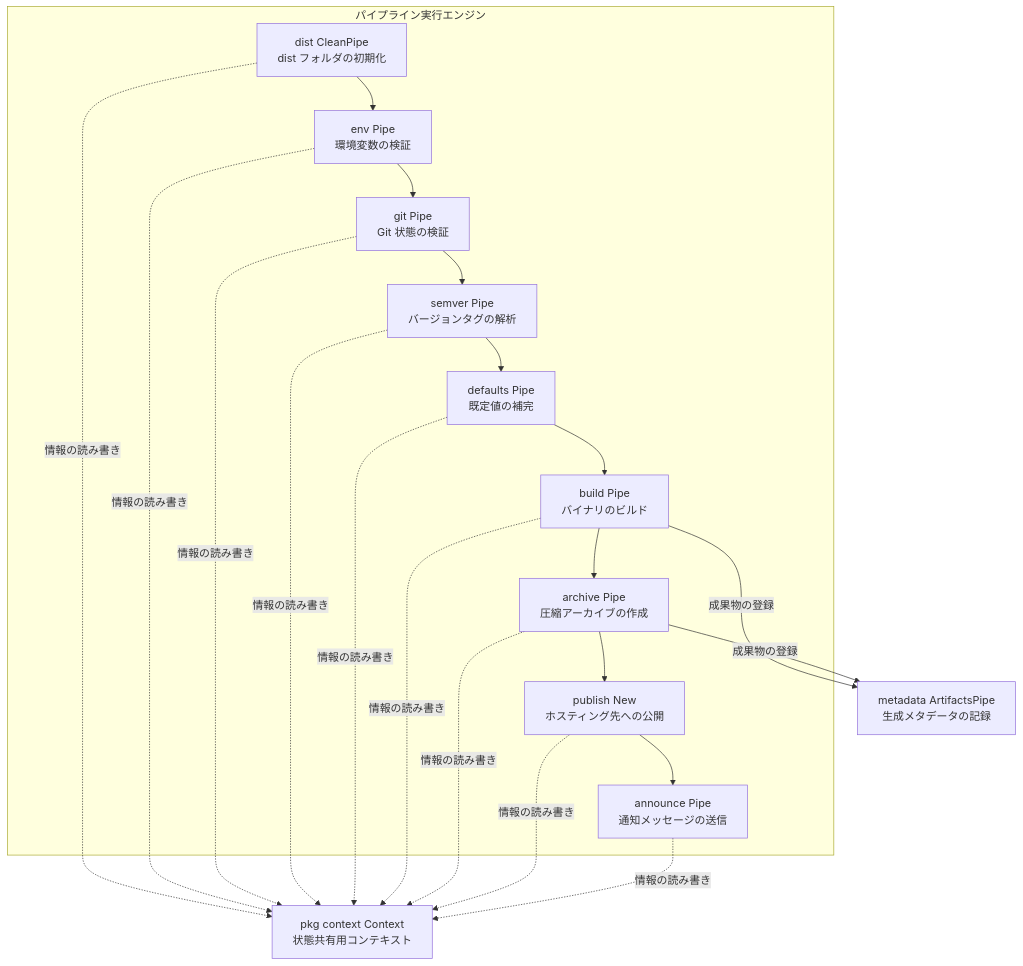
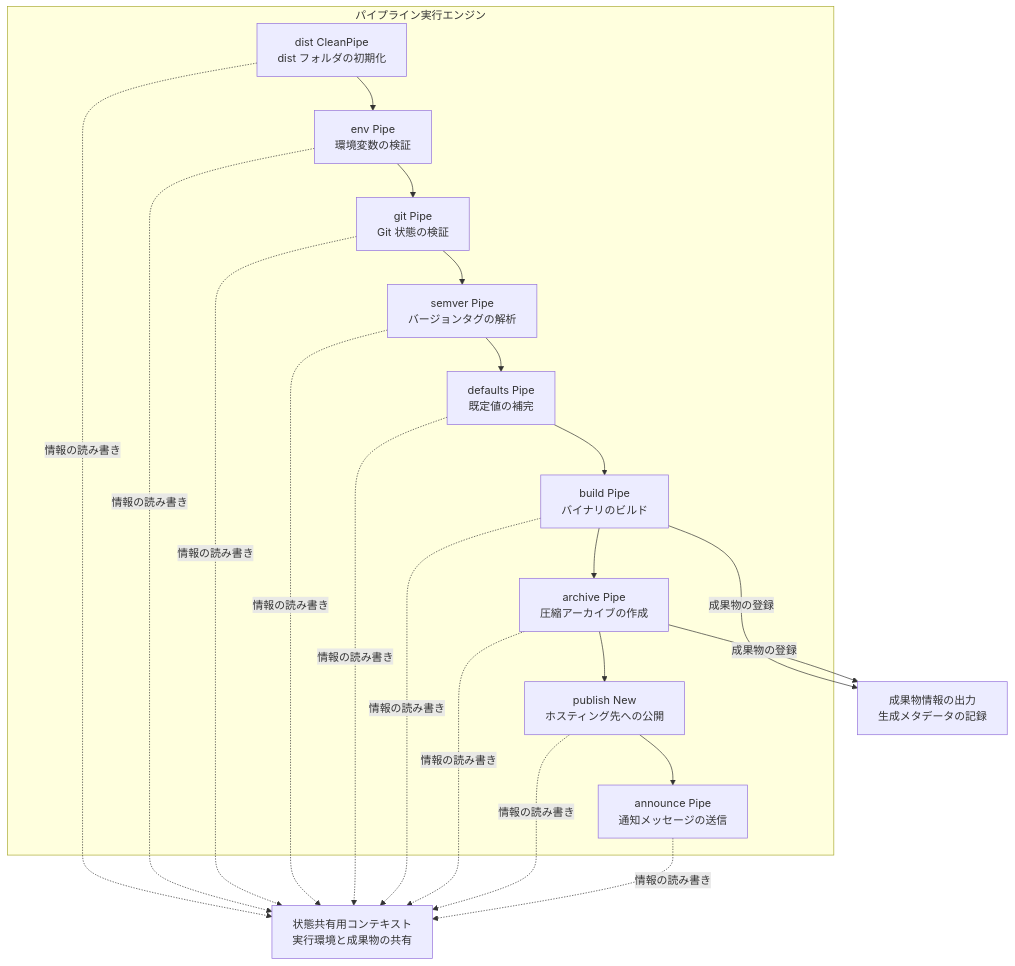
One commit to suwa-sh/zenn-contents changed the fourth of 9 diagrams in articles/goreleaser_20260708.md. Above: the diagram before and after it, drawn with Mermaid. The commit also changed other lines of this file, not shown here.

````diff
--- a/articles/goreleaser_20260708.md
+++ b/articles/goreleaser_20260708.md
@@ -167,39 +168,39 @@
 ```mermaid
 graph TD
   subgraph Pipeline_Engine["パイプライン実行エンジン"]
     CleanPipe["dist CleanPipe<br/>dist フォルダの初期化"]
     EnvPipe["env Pipe<br/>環境変数の検証"]
     GitPipe["git Pipe<br/>Git 状態の検証"]
     SemverPipe["semver Pipe<br/>バージョンタグの解析"]
     DefaultsPipe["defaults Pipe<br/>既定値の補完"]
     BuildPipe["build Pipe<br/>バイナリのビルド"]
     ArchivePipe["archive Pipe<br/>圧縮アーカイブの作成"]
     PublishPipe["publish New<br/>ホスティング先への公開"]
     AnnouncePipe["announce Pipe<br/>通知メッセージの送信"]
   end
 
-  Context["pkg context Context<br/>状態共有用コンテキスト"]
-  Artifacts["metadata ArtifactsPipe<br/>生成メタデータの記録"]
+  Context["状態共有用コンテキスト<br/>実行環境と成果物の共有"]
+  Artifacts["成果物情報の出力<br/>生成メタデータの記録"]
 
   CleanPipe --> EnvPipe
   EnvPipe --> GitPipe
   GitPipe --> SemverPipe
   SemverPipe --> DefaultsPipe
   DefaultsPipe --> BuildPipe
   BuildPipe --> ArchivePipe
   ArchivePipe --> PublishPipe
   PublishPipe --> AnnouncePipe
 
   CleanPipe -.->|情報の読み書き| Context
   EnvPipe -.->|情報の読み書き| Context
   GitPipe -.->|情報の読み書き| Context
   SemverPipe -.->|情報の読み書き| Context
   DefaultsPipe -.->|情報の読み書き| Context
   BuildPipe -.->|情報の読み書き| Context
   ArchivePipe -.->|情報の読み書き| Context
   PublishPipe -.->|情報の読み書き| Context
   AnnouncePipe -.->|情報の読み書き| Context
 
   BuildPipe -->|成果物の登録| Artifacts
   ArchivePipe -->|成果物の登録| Artifacts
 ```
````
